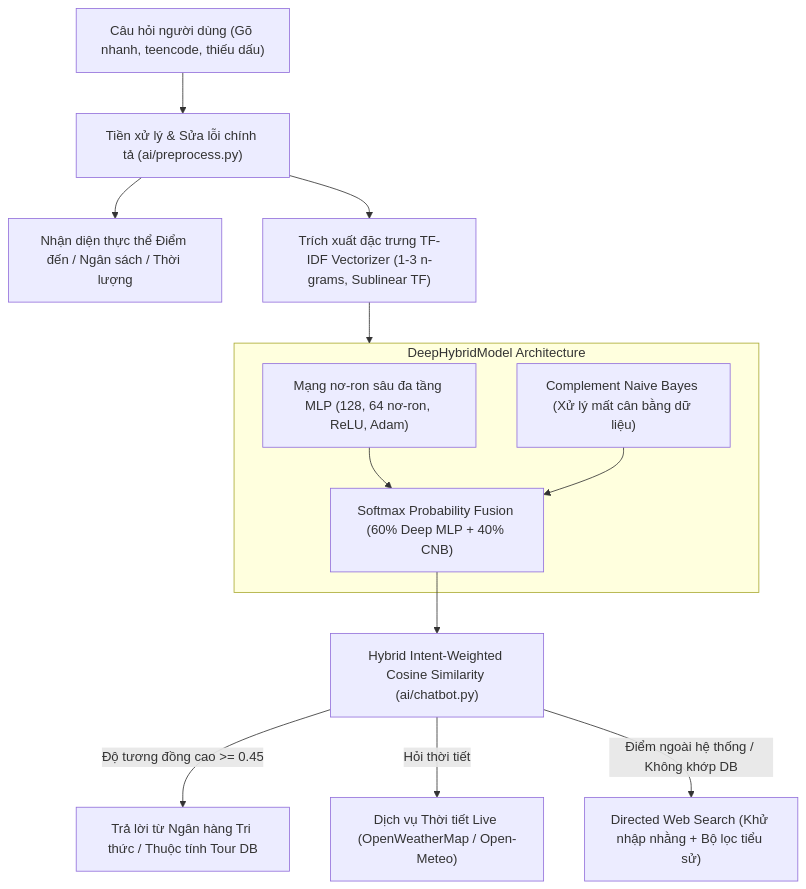
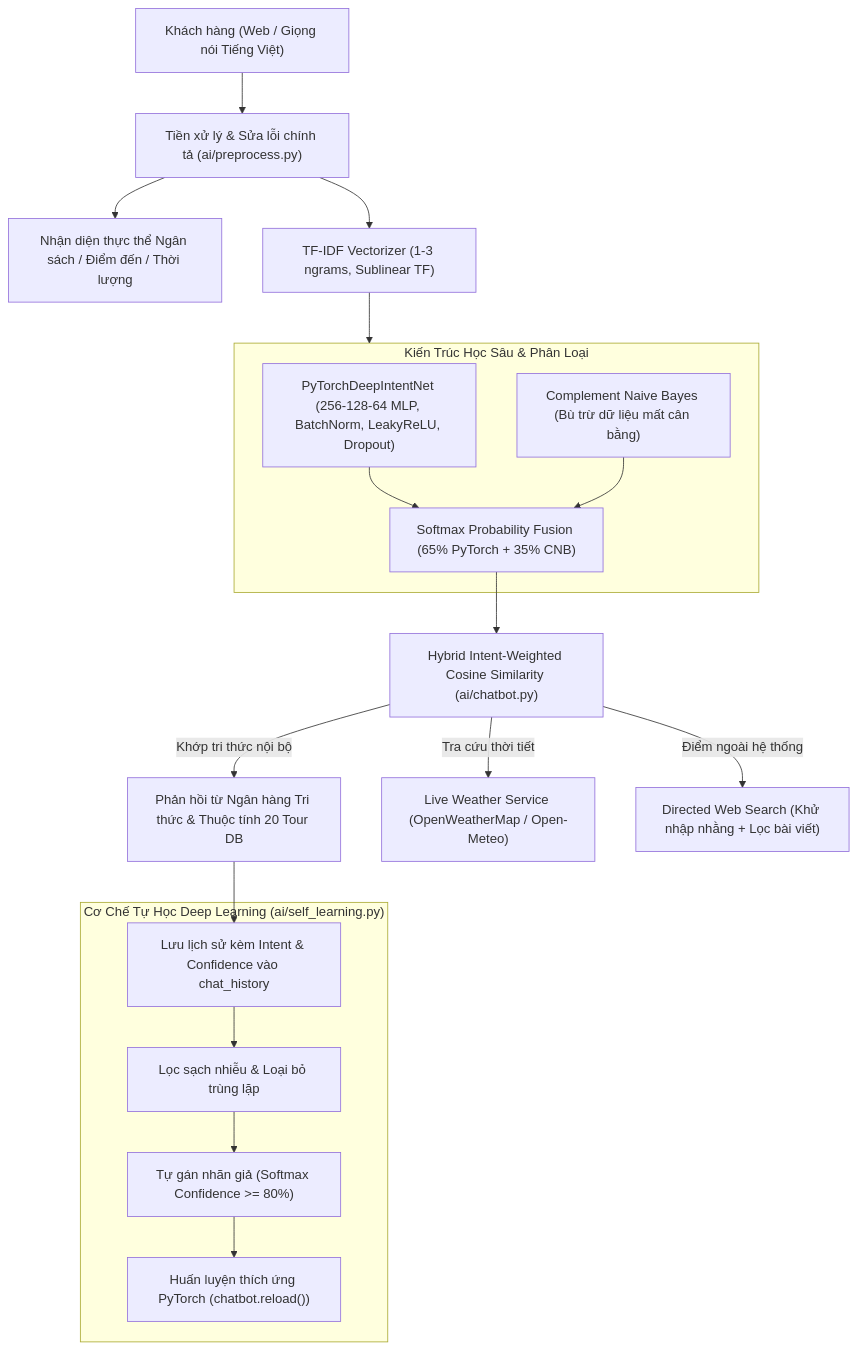
The diagram in README.md (thaieaut-engineer/Tri-Tue-Nhan-Tao-AI-), drawn with Mermaid before and after one commit. The commit also changed other lines of this file, not shown here.

Commit message:
docs: Cập nhật README.md chi tiết kiến trúc Deep Learning, Continual Learning và hệ sinh thái du lịch

````diff
--- a/README.md
+++ b/README.md
@@ -50,22 +83,30 @@
 ```mermaid
 flowchart TD
-    A["Câu hỏi người dùng (Gõ nhanh, teencode, thiếu dấu)"] --> B["Tiền xử lý & Sửa lỗi chính tả (ai/preprocess.py)"]
-    B --> C["Nhận diện thực thể Điểm đến / Ngân sách / Thời lượng"]
+    User["Khách hàng (Web / Giọng nói Tiếng Việt)"] --> Pre["Tiền xử lý & Sửa lỗi chính tả (ai/preprocess.py)"]
+    Pre --> Recog["Nhận diện thực thể Ngân sách / Điểm đến / Thời lượng"]
     
-    B --> D["Trích xuất đặc trưng TF-IDF Vectorizer (1-3 n-grams, Sublinear TF)"]
-    D --> E["Mô hình Học sâu DeepHybridModel (ai/train_model.py)"]
+    Pre --> Feat["TF-IDF Vectorizer (1-3 ngrams, Sublinear TF)"]
+    Feat --> Deep["DeepHybridModel Ensemble (ai/train_model.py)"]
     
-    subgraph E ["DeepHybridModel Architecture"]
-        E1["Mạng nơ-ron sâu đa tầng MLP (128, 64 nơ-ron, ReLU, Adam)"]
-        E2["Complement Naive Bayes (Xử lý mất cân bằng dữ liệu)"]
-        E3["Softmax Probability Fusion (60% Deep MLP + 40% CNB)"]
-        E1 --> E3
-        E2 --> E3
+    subgraph Deep ["Kiến Trúc Học Sâu & Phân Loại"]
+        M1["PyTorchDeepIntentNet (256-128-64 MLP, BatchNorm, LeakyReLU, Dropout)"]
+        M2["Complement Naive Bayes (Bù trừ dữ liệu mất cân bằng)"]
+        M3["Softmax Probability Fusion (65% PyTorch + 35% CNB)"]
+        M1 --> M3
+        M2 --> M3
     end
     
-    E3 --> F["Hybrid Intent-Weighted Cosine Similarity (ai/chatbot.py)"]
+    M3 --> Sim["Hybrid Intent-Weighted Cosine Similarity (ai/chatbot.py)"]
     
-    F -->|Độ tương đồng cao >= 0.45| G["Trả lời từ Ngân hàng Tri thức / Thuộc tính Tour DB"]
-    F -->|Hỏi thời tiết| H["Dịch vụ Thời tiết Live (OpenWeatherMap / Open-Meteo)"]
-    F -->|Điểm ngoài hệ thống / Không khớp DB| I["Directed Web Search (Khử nhập nhằng + Bộ lọc tiểu sử)"]
+    Sim -->|Khớp tri thức nội bộ| Ans["Phản hồi từ Ngân hàng Tri thức & Thuộc tính 20 Tour DB"]
+    Sim -->|Tra cứu thời tiết| Wea["Live Weather Service (OpenWeatherMap / Open-Meteo)"]
+    Sim -->|Điểm ngoài hệ thống| Web["Directed Web Search (Khử nhập nhằng + Lọc bài viết)"]
+    
+    Ans --> Log["Lưu lịch sử kèm Intent & Confidence vào chat_history"]
+    
+    subgraph SelfLearn ["Cơ Chế Tự Học Deep Learning (ai/self_learning.py)"]
+        Log --> Filter["Lọc sạch nhiễu & Loại bỏ trùng lặp"]
+        Filter --> Pseudo["Tự gán nhãn giả (Softmax Confidence >= 80%)"]
+        Pseudo --> Retrain["Huấn luyện thích ứng PyTorch (chatbot.reload())"]
+    end
 ```
````
